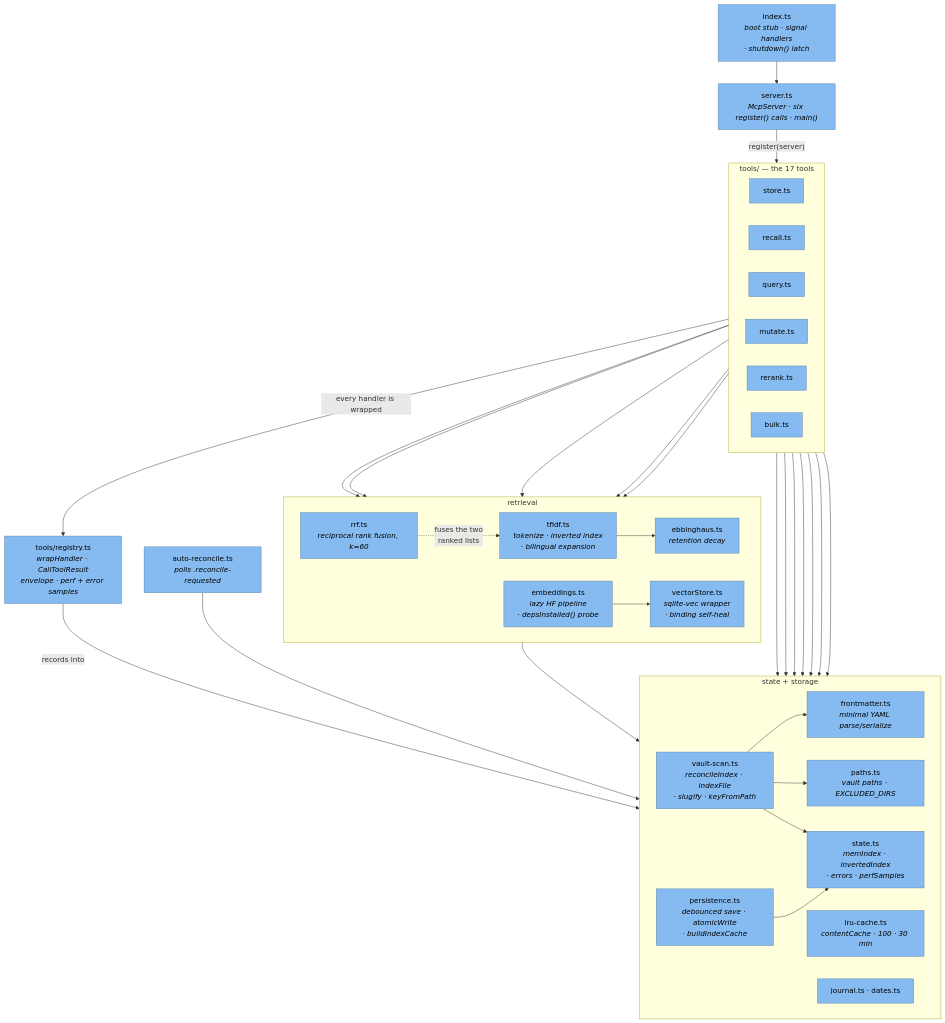
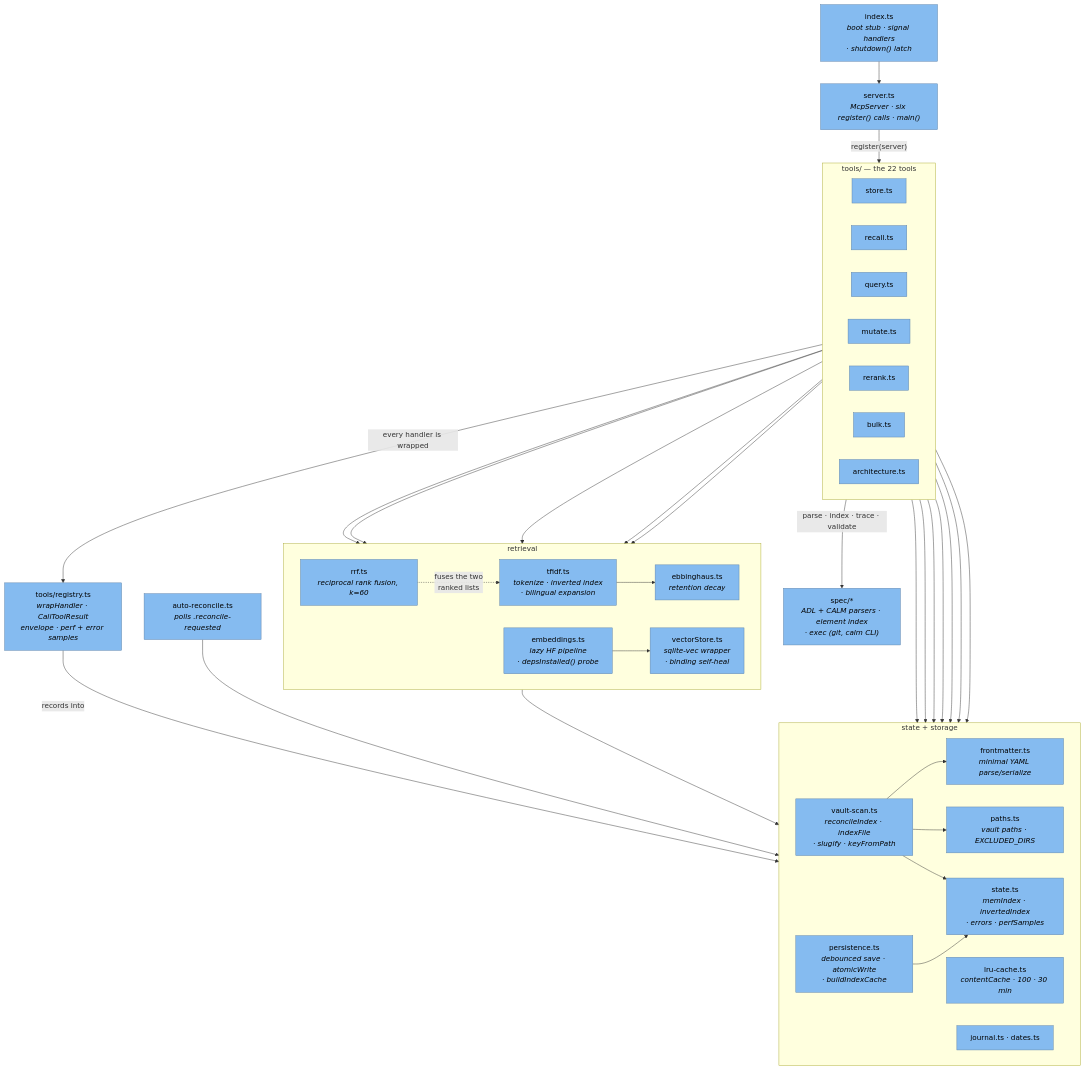
The third of 4 diagrams in plugins/total-recall/ARCHITECTURE.md (adrian-balaban/total-recall), drawn with Mermaid before and after one commit. The commit also changed other lines of this file and 63 other files, not shown here.

````diff
--- a/plugins/total-recall/ARCHITECTURE.md
+++ b/plugins/total-recall/ARCHITECTURE.md
@@ -91,70 +91,72 @@
 ```mermaid
 graph TB
     idxts["index.ts<br/><i>boot stub · signal handlers<br/>· shutdown() latch</i>"]
     srv["server.ts<br/><i>McpServer · six register() calls · main()</i>"]
     reg["tools/registry.ts<br/><i>wrapHandler · CallToolResult<br/>envelope · perf + error samples</i>"]
 
-    subgraph Tools["tools/ — the 17 tools"]
+    subgraph Tools["tools/ — the 22 tools"]
         direction LR
         t1["store.ts"]
         t2["recall.ts"]
         t3["query.ts"]
         t4["mutate.ts"]
         t5["rerank.ts"]
         t6["bulk.ts"]
+        t7["architecture.ts"]
     end
 
     subgraph Search["retrieval"]
         direction LR
         tf["tfidf.ts<br/><i>tokenize · inverted index<br/>· bilingual expansion</i>"]
         eb["ebbinghaus.ts<br/><i>retention decay</i>"]
         rrf["rrf.ts<br/><i>reciprocal rank fusion, k=60</i>"]
         embc["embeddings.ts<br/><i>lazy HF pipeline<br/>· depsInstalled() probe</i>"]
         vs["vectorStore.ts<br/><i>sqlite-vec wrapper<br/>· binding self-heal</i>"]
     end
 
     subgraph Core["state + storage"]
         direction LR
         st["state.ts<br/><i>memIndex · invertedIndex<br/>· errors · perfSamples</i>"]
         pers["persistence.ts<br/><i>debounced save · atomicWrite<br/>· buildIndexCache</i>"]
         scan["vault-scan.ts<br/><i>reconcileIndex · indexFile<br/>· slugify · keyFromPath</i>"]
         fm["frontmatter.ts<br/><i>minimal YAML parse/serialize</i>"]
         lru["lru-cache.ts<br/><i>contentCache · 100 · 30 min</i>"]
         paths["paths.ts<br/><i>vault paths · EXCLUDED_DIRS</i>"]
         jr["journal.ts · dates.ts"]
     end
 
     ar["auto-reconcile.ts<br/><i>polls .reconcile-requested</i>"]
 
     idxts --> srv
     srv -->|"register(server)"| Tools
     Tools -->|"every handler is wrapped"| reg
     reg -->|"records into"| st
 
     t1 --> fm
     t1 --> lru
     t1 --> jr
     t2 --> tf
     t2 --> rrf
     t2 --> embc
     t2 --> lru
     t3 --> eb
     t4 --> lru
     t5 --> embc
     t6 --> pers
+    t7 -->|"parse · index · trace · validate"| spec["spec/*<br/><i>ADL + CALM parsers · element index<br/>· exec (git, calm CLI)</i>"]
 
     tf --> st
     tf --> eb
     embc --> vs
     rrf -.->|"fuses the two<br/>ranked lists"| tf
 
     scan --> fm
     scan --> paths
     scan --> st
     pers --> st
     ar --> scan
     Tools --> pers
 
     classDef comp fill:#85bbf0,stroke:#5d82a8,color:#000
-    class idxts,srv,reg,t1,t2,t3,t4,t5,t6,tf,eb,rrf,embc,vs,st,pers,scan,fm,lru,paths,ar,jr comp
+    class idxts,srv,reg,t1,t2,t3,t4,t5,t6,t7,spec,tf,eb,rrf,embc,vs,st,pers,scan,fm,lru,paths,ar,jr comp
 ```
````
